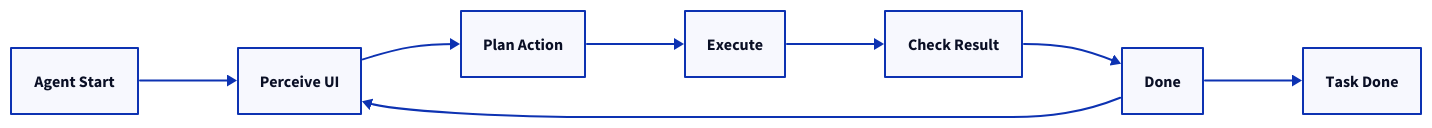
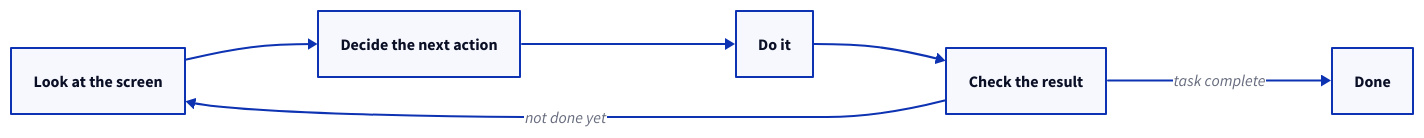
Before and after one commit to tallyfy/documentation: the first of 2 diagrams in src/content/docs/pro/integrations/computer-ai-agents/local-computer-use-agents.mdx, drawn with D2. The commit also changed other lines of this file, not shown here.

````diff
--- a/src/content/docs/pro/integrations/computer-ai-agents/local-computer-use-agents.mdx
+++ b/src/content/docs/pro/integrations/computer-ai-agents/local-computer-use-agents.mdx
@@ -102,16 +43,10 @@
 ```d2
 direction: right
-Start: Agent Start
-Perceive: Perceive UI
-Reason: Plan Action
-Act: Execute
-Observe: Check Result
-End: Task Done
-Start -> Perceive
-Perceive -> Reason
-Reason -> Act
-Act -> Observe
-Observe -> Done
-Done -> Perceive
-Done -> End
+Perceive: Look at the screen
+Reason: Decide the next action
+Act: Do it
+Observe: Check the result
+Perceive -> Reason -> Act -> Observe
+Observe -> Perceive: not done yet
+Observe -> Done: task complete
 ```
````
